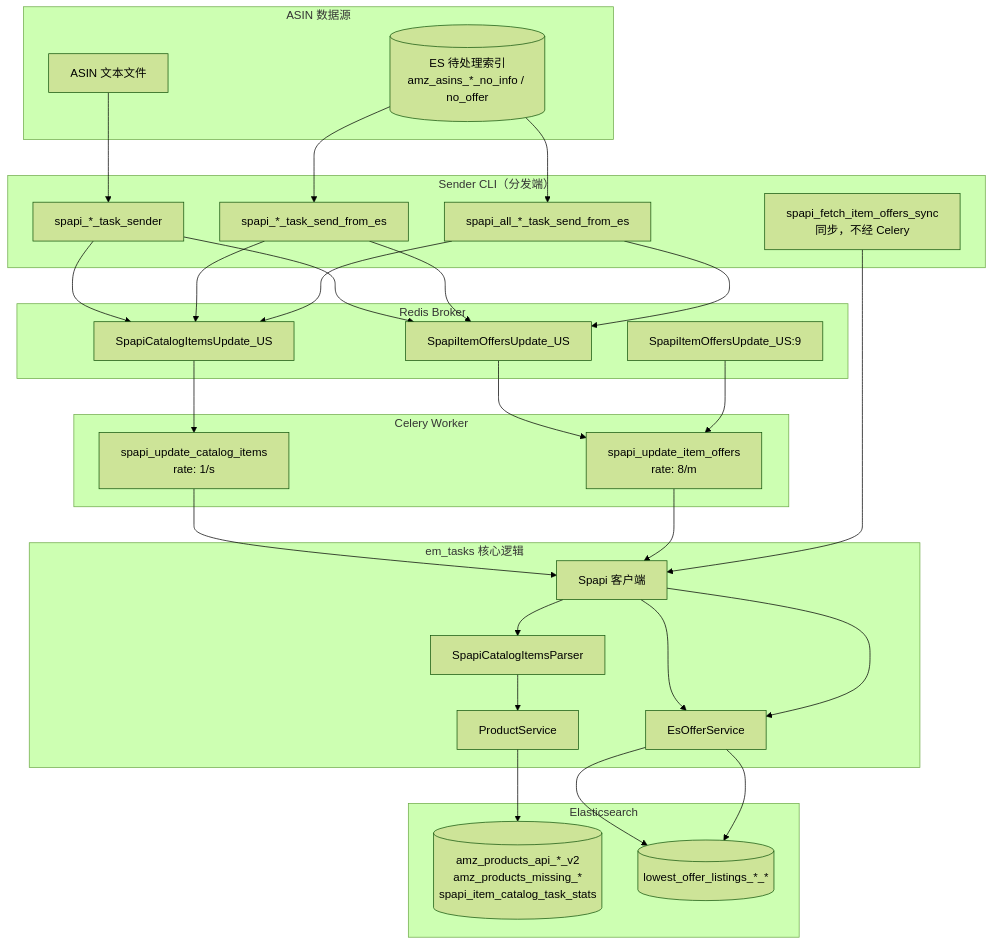
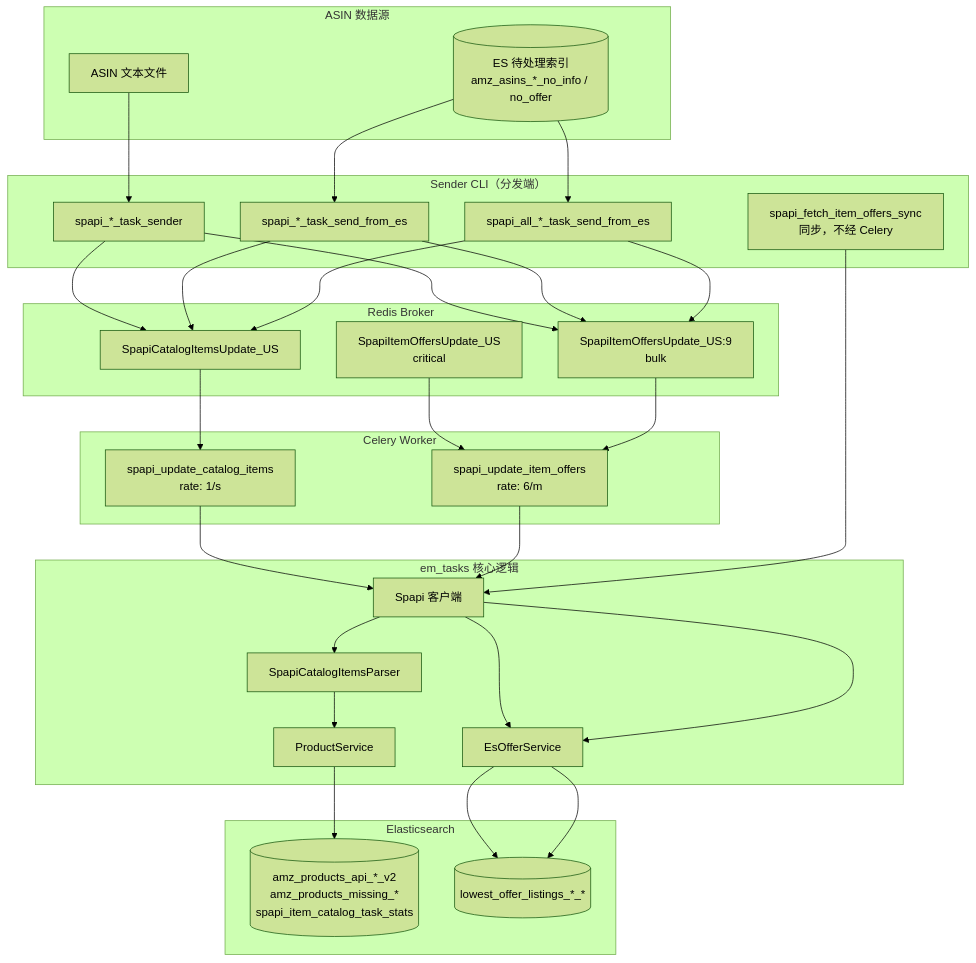
Before and after one commit to AriseshineSky/em-spapi-celery: the first of 9 diagrams in docs/TECHNICAL.md, drawn with Mermaid (forest theme). The commit also changed other lines of this file and 17 other files, not shown here.

````diff
--- a/docs/TECHNICAL.md
+++ b/docs/TECHNICAL.md
@@ -43,49 +43,49 @@
 ```mermaid
 flowchart TB
     subgraph Sources["ASIN 数据源"]
         F[ASIN 文本文件]
         ES_IN[(ES 待处理索引<br/>amz_asins_*_no_info / no_offer)]
     end
 
     subgraph Senders["Sender CLI（分发端）"]
         S_FILE[spapi_*_task_sender]
         S_ES[spapi_*_task_send_from_es]
         S_ALL[spapi_all_*_task_send_from_es]
         S_SYNC[spapi_fetch_item_offers_sync<br/>同步，不经 Celery]
     end
 
     subgraph Broker["Redis Broker"]
         Q_CAT[SpapiCatalogItemsUpdate_US]
-        Q_OFF[SpapiItemOffersUpdate_US]
-        Q_OFF9[SpapiItemOffersUpdate_US:9]
+        Q_OFF0[SpapiItemOffersUpdate_US<br/>critical]
+        Q_OFF9[SpapiItemOffersUpdate_US:9<br/>bulk]
     end
 
     subgraph Worker["Celery Worker"]
         T_CAT[spapi_update_catalog_items<br/>rate: 1/s]
-        T_OFF[spapi_update_item_offers<br/>rate: 8/m]
+        T_OFF[spapi_update_item_offers<br/>rate: 6/m]
     end
 
     subgraph Core["em_tasks 核心逻辑"]
         SPAPI[Spapi 客户端]
         PARSER[SpapiCatalogItemsParser]
         PS[ProductService]
         OS[EsOfferService]
     end
 
     subgraph Storage["Elasticsearch"]
         ES_CAT[(amz_products_api_*_v2<br/>amz_products_missing_*<br/>spapi_item_catalog_task_stats)]
         ES_OFF[(lowest_offer_listings_*_*)]
     end
 
     F --> S_FILE
     ES_IN --> S_ES
     ES_IN --> S_ALL
-    S_FILE --> Q_CAT & Q_OFF
-    S_ES --> Q_CAT & Q_OFF
-    S_ALL --> Q_CAT & Q_OFF
+    S_FILE --> Q_CAT & Q_OFF9
+    S_ES --> Q_CAT & Q_OFF9
+    S_ALL --> Q_CAT & Q_OFF9
     Q_CAT --> T_CAT
-    Q_OFF & Q_OFF9 --> T_OFF
+    Q_OFF0 & Q_OFF9 --> T_OFF
     T_CAT --> SPAPI --> PARSER --> PS --> ES_CAT
     T_OFF --> SPAPI --> OS --> ES_OFF
     S_SYNC --> SPAPI --> OS --> ES_OFF
 ```
````
